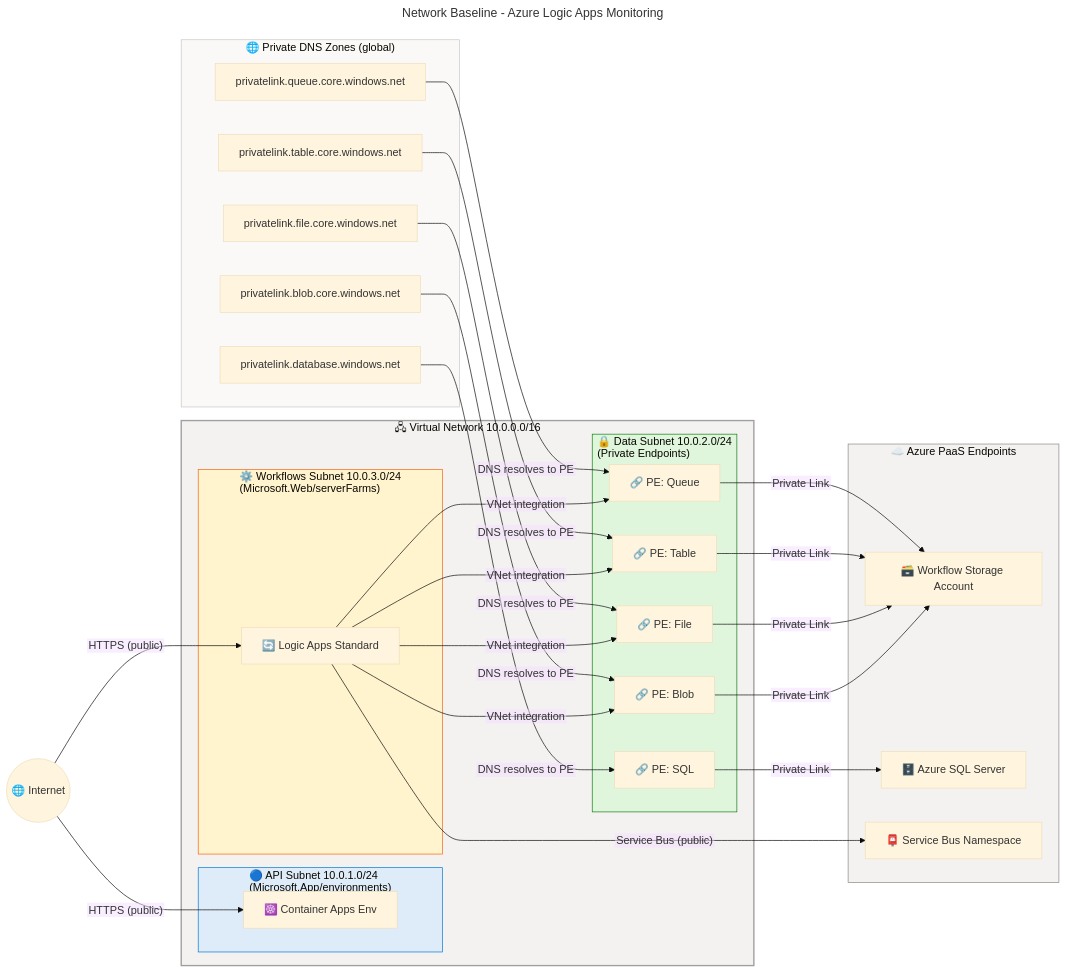
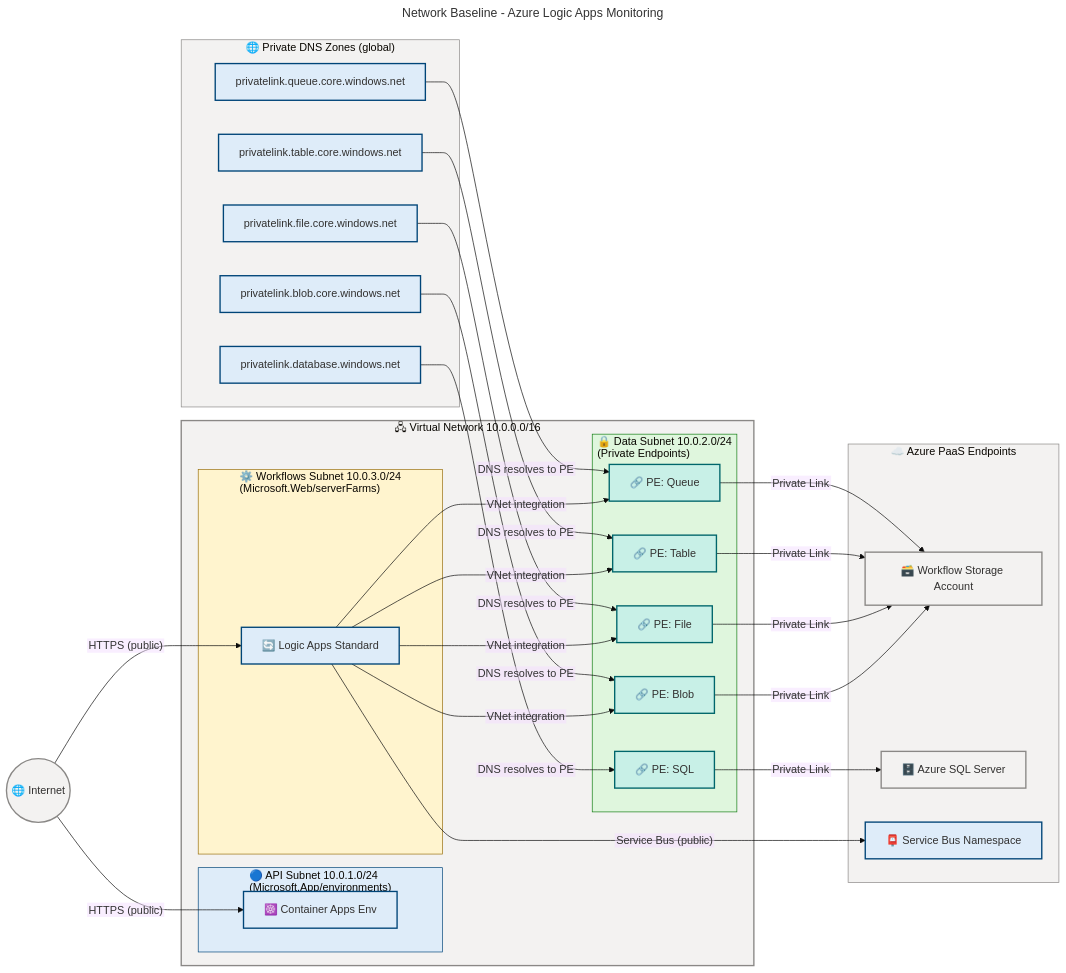
One commit to Evilazaro/Azure-LogicApps-Monitoring changed the second of 3 diagrams in docs/architecture/Technology-Layer-Architecture.md. Above: the diagram before and after it, drawn with Mermaid. The commit also changed other lines of this file, not shown here.

Commit message:
docs: enhance styling and color definitions in Technology Layer architecture diagrams for improved clarity and consistency

````diff
--- a/docs/architecture/Technology-Layer-Architecture.md
+++ b/docs/architecture/Technology-Layer-Architecture.md
@@ -278,10 +291,22 @@
     DNSSQL -->|"DNS resolves to PE"| PESQL
     LANode -->|"Service Bus (public)"| SBNSNode
 
-    style VNetBlock fill:#F3F2F1,stroke:#A19F9D,stroke-width:2px
-    style ApiSub fill:#DEECF9,stroke:#0078D4,stroke-width:1px
-    style WfSub fill:#FFF4CE,stroke:#F7630C,stroke-width:1px
-    style DataSub fill:#DFF6DD,stroke:#107C10,stroke-width:1px
-    style PrivDNS fill:#FAF9F8,stroke:#C8C6C4,stroke-width:1px
-    style PaaSServices fill:#F3F2F1,stroke:#8A8886,stroke-width:1px
+    style VNetBlock fill:#F3F2F1,stroke:#8A8886,stroke-width:2px,color:#323130
+    style ApiSub fill:#DEECF9,stroke:#004578,stroke-width:1px,color:#323130
+    style WfSub fill:#FFF4CE,stroke:#986F0B,stroke-width:1px,color:#323130
+    style DataSub fill:#DFF6DD,stroke:#107C10,stroke-width:1px,color:#323130
+    style PrivDNS fill:#F3F2F1,stroke:#8A8886,stroke-width:1px,color:#323130
+    style PaaSServices fill:#F3F2F1,stroke:#8A8886,stroke-width:1px,color:#323130
+
+    classDef azureBlue fill:#DEECF9,stroke:#004578,stroke-width:2px,color:#323130
+    classDef successGreen fill:#DFF6DD,stroke:#107C10,stroke-width:2px,color:#323130
+    classDef presenceTeal fill:#C8F0E7,stroke:#00666B,stroke-width:2px,color:#323130
+    classDef neutralGrey fill:#F3F2F1,stroke:#8A8886,stroke-width:2px,color:#323130
+
+    class Internet neutralGrey
+    class CAENode,LANode azureBlue
+    class PEBlob,PEFile,PETable,PEQueue,PESQL presenceTeal
+    class DNSBlob,DNSFile,DNSTable,DNSQueue,DNSSQL azureBlue
+    class WfSANode,SQLNode neutralGrey
+    class SBNSNode azureBlue
 ```
````
